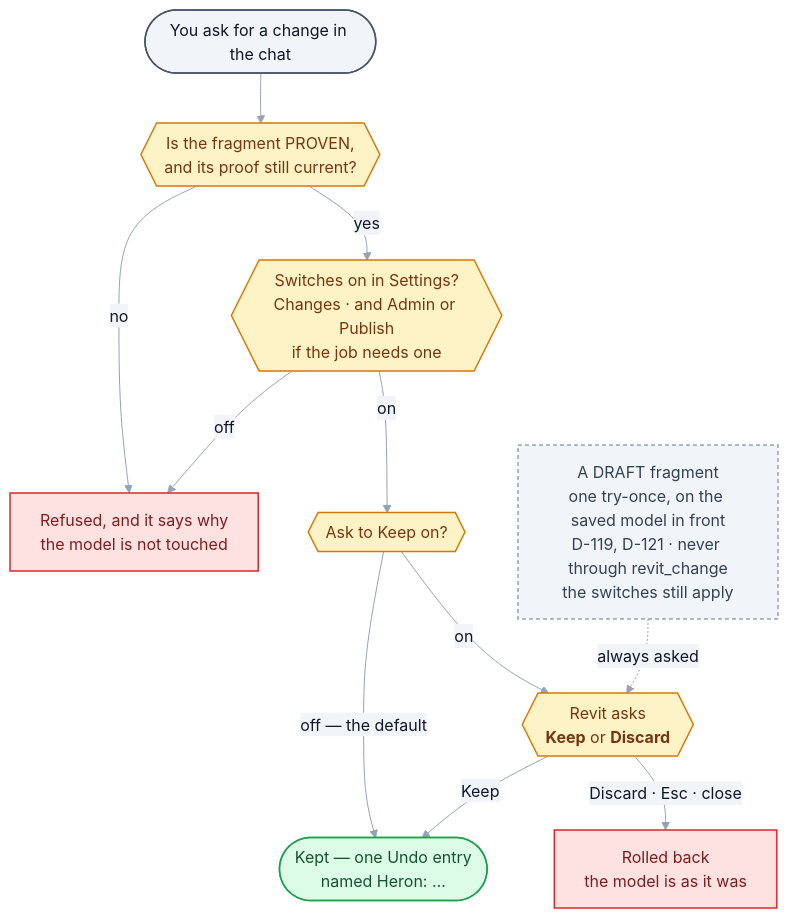
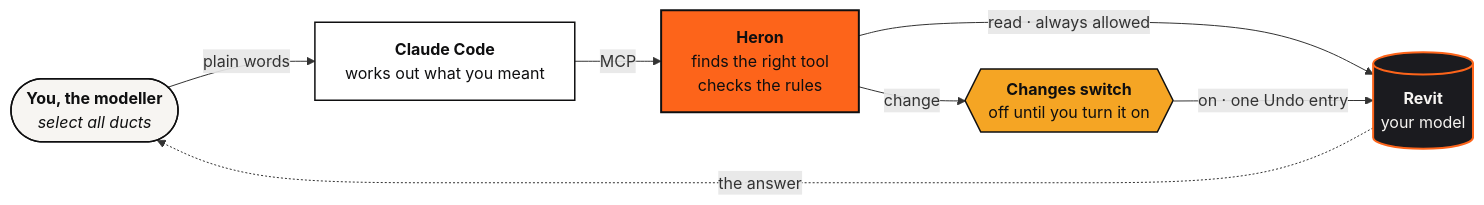
One commit to Ajmalpshaik/Heron-AI changed the diagram in README.md. Above: the diagram before and after it, drawn with Mermaid. The commit also changed other lines of this file and 13 other files, not shown here.

First line of the commit message:
Docs: README becomes a landing page; short linked guide pages with brand diagrams

````diff
--- a/README.md
+++ b/README.md
@@ -237,35 +56,26 @@
 ```mermaid
-%%{init: {"themeVariables": {"edgeLabelBackground":"#F1F5F9","lineColor":"#94A3B8","textColor":"#0F172A","tertiaryTextColor":"#0F172A"}}}%%
-flowchart TD
-    A(["You ask for a change in the chat"])
-    P{{"Is the fragment PROVEN,<br/>and its proof still current?"}}
-    S{{"Switches on in Settings?<br/>Changes · and Admin or Publish<br/>if the job needs one"}}
-    K{{"Ask to Keep on?"}}
-    B{{"Revit asks<br/><b>Keep</b> or <b>Discard</b>"}}
-    KEEP(["Kept — one Undo entry<br/>named Heron: …"])
-    NO["Refused, and it says why<br/>the model is not touched"]
-    BACK["Rolled back<br/>the model is as it was"]
-    T["A DRAFT fragment<br/>one try-once, on the saved model in front<br/>D-119, D-121 · never through revit_change<br/>the switches still apply"]
+flowchart LR
+    M(["<b>You, the modeller</b><br/><i>select all ducts</i>"])
+    C["<b>Claude Code</b><br/>works out what you meant"]
+    H["<b>Heron</b><br/>finds the right tool<br/>checks the rules"]
+    S{{"<b>Changes switch</b><br/>off until you turn it on"}}
+    R[("<b>Revit</b><br/>your model")]
 
-    A --> P
-    P -->|no| NO
-    P -->|yes| S
-    S -->|off| NO
-    S -->|on| K
-    K -->|"off — the default"| KEEP
-    K -->|on| B
-    B -->|Keep| KEEP
-    B -->|"Discard · Esc · close"| BACK
-    T -.->|always asked| B
+    M -->|plain words| C
+    C -->|MCP| H
+    H -->|"read · always allowed"| R
+    H -->|change| S
+    S -->|"on · one Undo entry"| R
+    R -.->|the answer| M
 
-    classDef user fill:#F1F5F9,stroke:#475569,stroke-width:1.5px,color:#0F172A
-    classDef check fill:#FEF3C7,stroke:#D97706,stroke-width:1.5px,color:#78350F
-    classDef good fill:#DCFCE7,stroke:#16A34A,stroke-width:1.5px,color:#14532D
-    classDef stop fill:#FEE2E2,stroke:#DC2626,stroke-width:1.5px,color:#7F1D1D
-    classDef draft fill:#F1F5F9,stroke:#94A3B8,stroke-width:1.5px,color:#334155,stroke-dasharray:4 3
-    class A user
-    class P,S,K,B check
-    class KEEP good
-    class NO,BACK stop
-    class T draft
+    classDef person fill:#F7F5F2,stroke:#0F0F10,stroke-width:1.5px,color:#0F0F10
+    classDef host fill:#FFFFFF,stroke:#0F0F10,stroke-width:1.5px,color:#0F0F10
+    classDef heron fill:#FD641A,stroke:#0F0F10,stroke-width:2px,color:#0F0F10
+    classDef guard fill:#F5A524,stroke:#0F0F10,stroke-width:1.5px,color:#0F0F10
+    classDef revit fill:#1B1B1F,stroke:#FD641A,stroke-width:2px,color:#F7F5F2
+    class M person
+    class C host
+    class H heron
+    class S guard
+    class R revit
 ```
````
